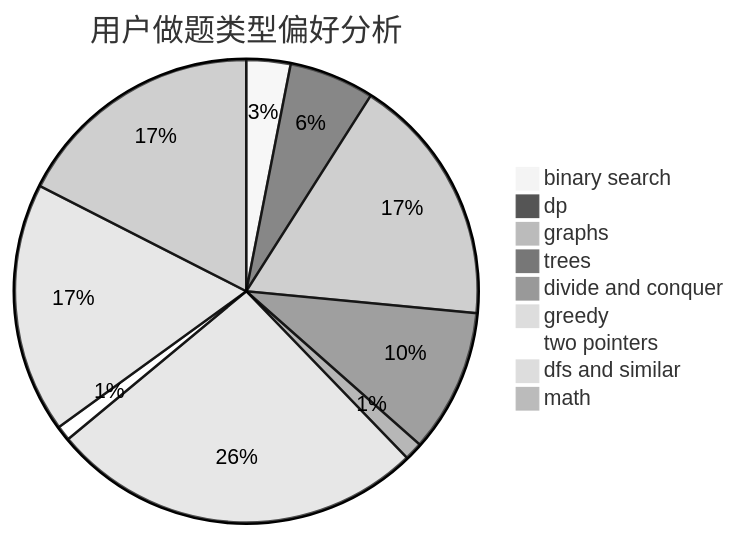
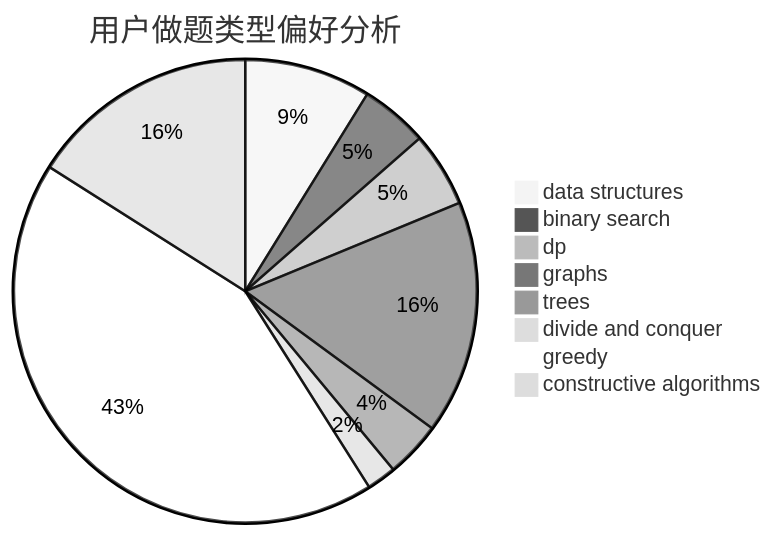
One commit to sherpahu/cfrs.github.io changed the second of 3 diagrams in docs/user/u2666.md. Above: the diagram before and after it, drawn with Mermaid (neutral theme). The commit also changed other lines of this file and 2775 other files, not shown here.

````diff
--- a/docs/user/u2666.md
+++ b/docs/user/u2666.md
@@ -23,12 +23,11 @@
 ```mermaid
 pie title 用户做题类型偏好分析
-    "binary search" :  56
-    "dp" :  108
-    "graphs" :  318
-    "trees" :  182
-    "divide and conquer" :  23
-    "greedy" :  476
-    "two pointers" :  19
-    "dfs and similar" :  318
-    "math" :  318
+    "data structures" :  86
+    "binary search" :  46
+    "dp" :  51
+    "graphs" :  159
+    "trees" :  38
+    "divide and conquer" :  20
+    "greedy" :  419
+    "constructive algorithms" :  156
 ```
````
